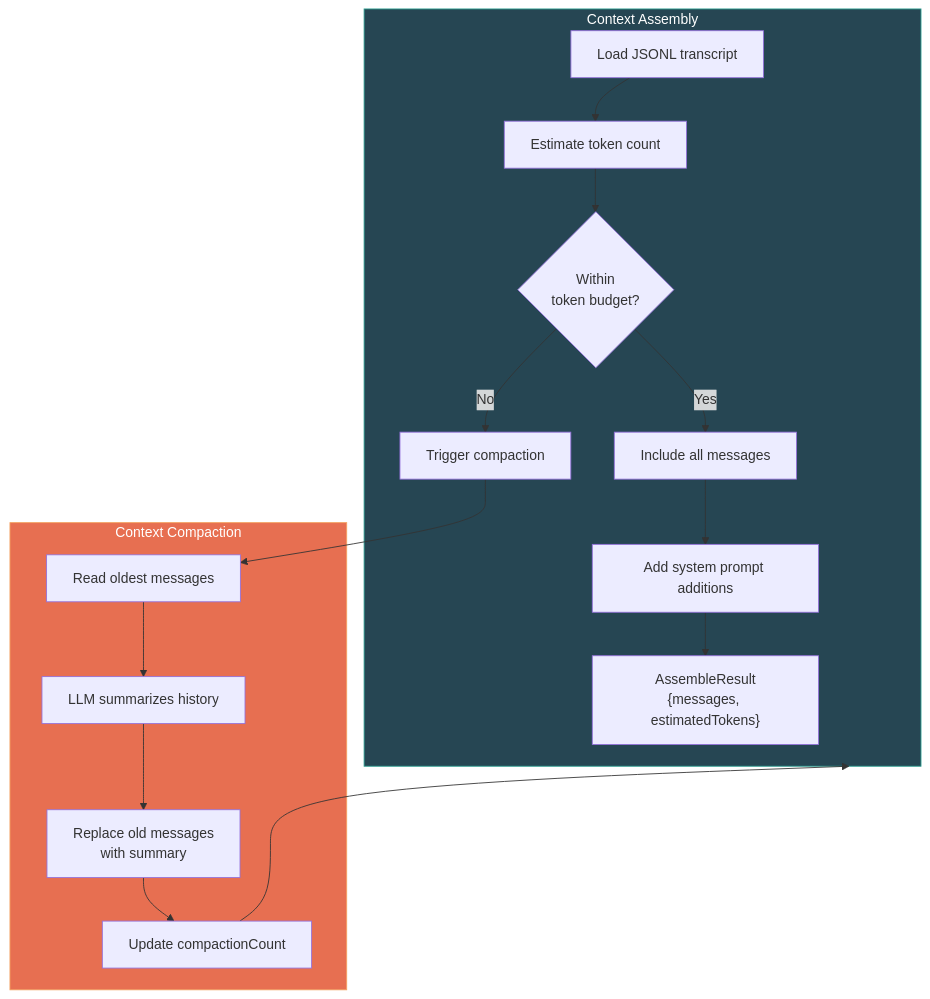
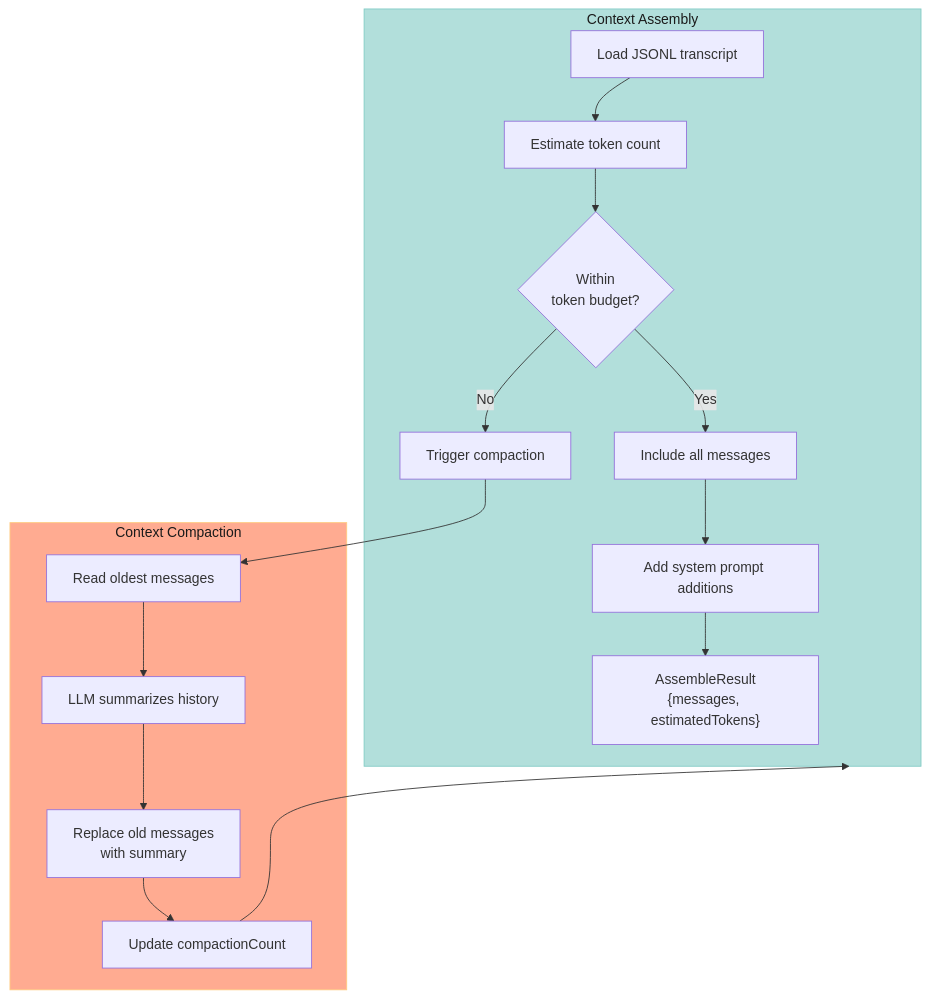
Before and after one commit to lordaouy/openclaw: diagram 24 of 44 in docs/reference/technical-architecture-report.md, drawn with Mermaid. The commit also changed other lines of this file, not shown here.

First line of the commit message:
docs: replace dark Mermaid diagram colors with light readable palette

````diff
--- a/docs/reference/technical-architecture-report.md
+++ b/docs/reference/technical-architecture-report.md
@@ -1426,26 +1426,26 @@
 ```mermaid
 flowchart TD
     subgraph Assembly["Context Assembly"]
         LoadTranscript["Load JSONL transcript"]
         EstimateTokens["Estimate token count"]
         CheckBudget{"Within\ntoken budget?"}
         IncludeAll["Include all messages"]
         TriggerCompact["Trigger compaction"]
         AddSystemPrompt["Add system prompt additions"]
         Result["AssembleResult\n{messages, estimatedTokens}"]
     end
     
     subgraph Compaction["Context Compaction"]
         ReadOldest["Read oldest messages"]
         Summarize["LLM summarizes history"]
         ReplaceWithSummary["Replace old messages\nwith summary"]
         UpdateMetadata["Update compactionCount"]
     end
     
     LoadTranscript --> EstimateTokens --> CheckBudget
     CheckBudget -->|Yes| IncludeAll --> AddSystemPrompt --> Result
     CheckBudget -->|No| TriggerCompact --> ReadOldest --> Summarize --> ReplaceWithSummary --> UpdateMetadata --> Assembly
 
-    style Assembly fill:#264653,stroke:#2a9d8f,color:white
-    style Compaction fill:#e76f51,stroke:#f4a261,color:white
+    style Assembly fill:#b2dfdb,stroke:#80cbc4,color:#1a1a1a
+    style Compaction fill:#ffab91,stroke:#ffcc80,color:#1a1a1a
 ```
````
